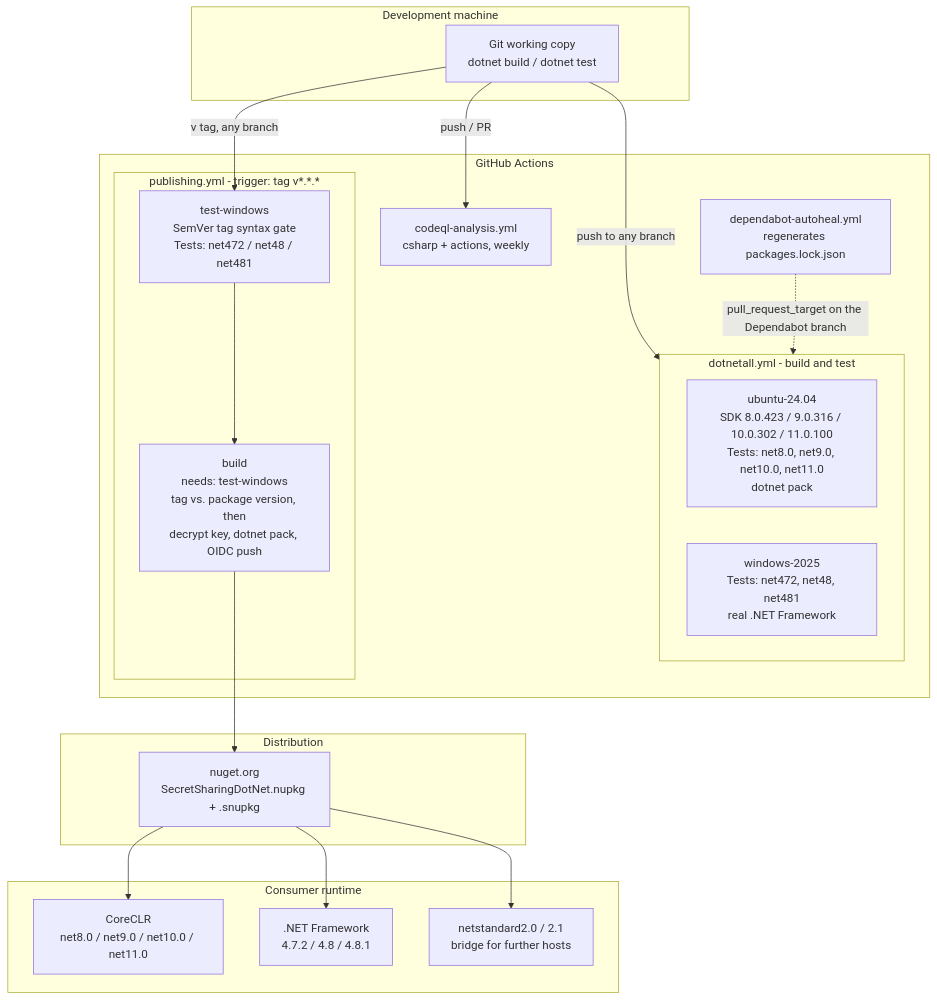
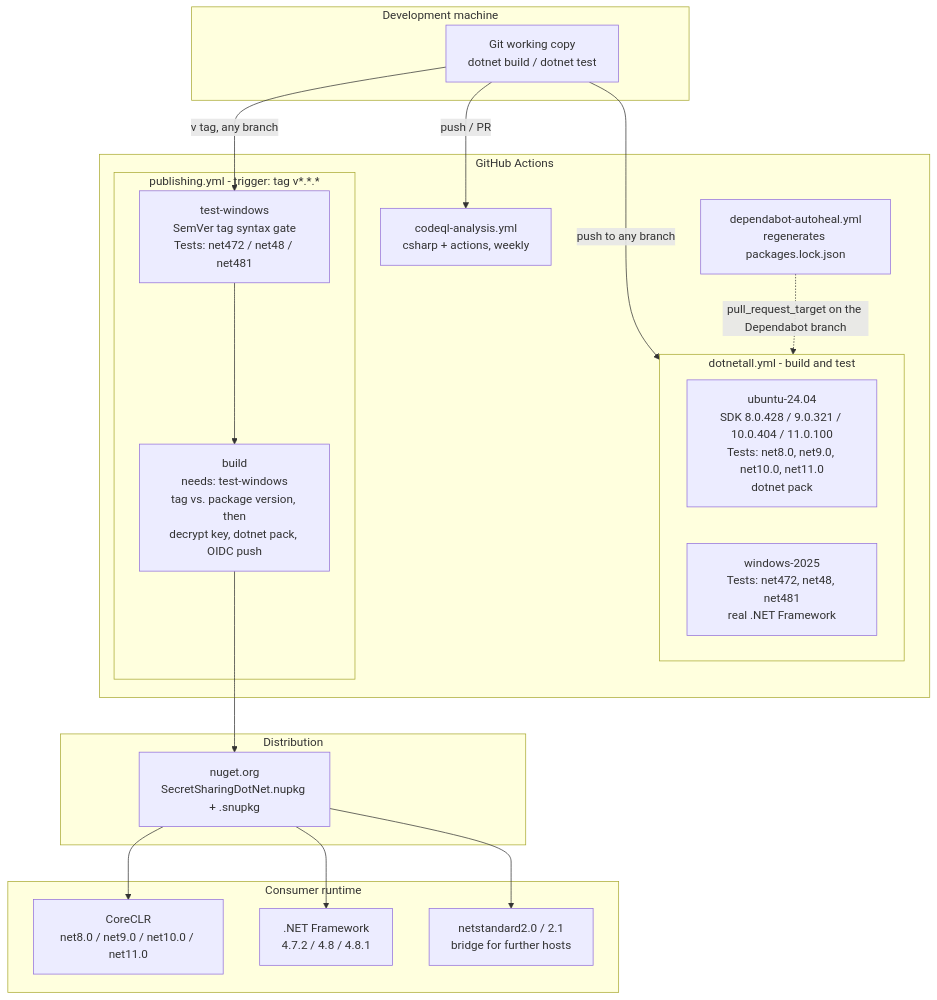
The tenth of 10 diagrams in docs/architecture/arc42.en.md (shinji-san/SecretSharingDotNet), drawn with Mermaid before and after one commit. The commit also changed other lines of this file and 1 other file, not shown here.

First line of the commit message:
docs: record the SDK pin update in arc42

````diff
--- a/docs/architecture/arc42.en.md
+++ b/docs/architecture/arc42.en.md
@@ -890,39 +894,39 @@
 ```mermaid
 flowchart TD
     subgraph dev["Development machine"]
         repo["Git working copy<br/>dotnet build / dotnet test"]
     end
 
     subgraph gh["GitHub Actions"]
         subgraph ci["dotnetall.yml - build and test"]
-            ubuntu["ubuntu-24.04<br/>SDK 8.0.423 / 9.0.316 / 10.0.302 / 11.0.100<br/>Tests: net8.0, net9.0, net10.0, net11.0<br/>dotnet pack"]
+            ubuntu["ubuntu-24.04<br/>SDK 8.0.428 / 9.0.321 / 10.0.404 / 11.0.100<br/>Tests: net8.0, net9.0, net10.0, net11.0<br/>dotnet pack"]
             windows["windows-2025<br/>Tests: net472, net48, net481<br/>real .NET Framework"]
         end
         codeql["codeql-analysis.yml<br/>csharp + actions, weekly"]
         autoheal["dependabot-autoheal.yml<br/>regenerates packages.lock.json"]
         subgraph publish["publishing.yml - trigger: tag v*.*.*"]
             pubTest["test-windows<br/>SemVer tag syntax gate<br/>Tests: net472 / net48 / net481"]
             pubBuild["build<br/>needs: test-windows<br/>tag vs. package version, then<br/>decrypt key, dotnet pack, OIDC push"]
         end
     end
 
     subgraph dist["Distribution"]
         nuget["nuget.org<br/>SecretSharingDotNet.nupkg + .snupkg"]
     end
 
     subgraph runtime["Consumer runtime"]
         netcore["CoreCLR<br/>net8.0 / net9.0 / net10.0 / net11.0"]
         netfx[".NET Framework<br/>4.7.2 / 4.8 / 4.8.1"]
         netstd["netstandard2.0 / 2.1<br/>bridge for further hosts"]
     end
 
     repo -->|push to any branch| ci
     repo -->|push / PR| codeql
     repo -->|v tag, any branch| pubTest
     pubTest --> pubBuild
     pubBuild --> nuget
     autoheal -.->|pull_request_target on the Dependabot branch| ci
     nuget --> netcore
     nuget --> netfx
     nuget --> netstd
 ```
````
